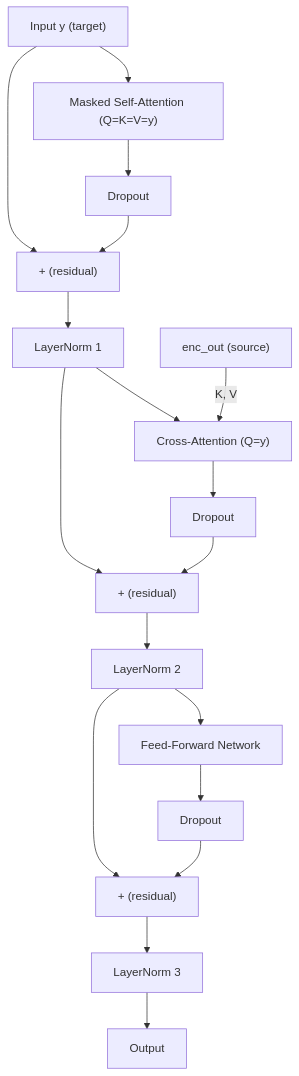
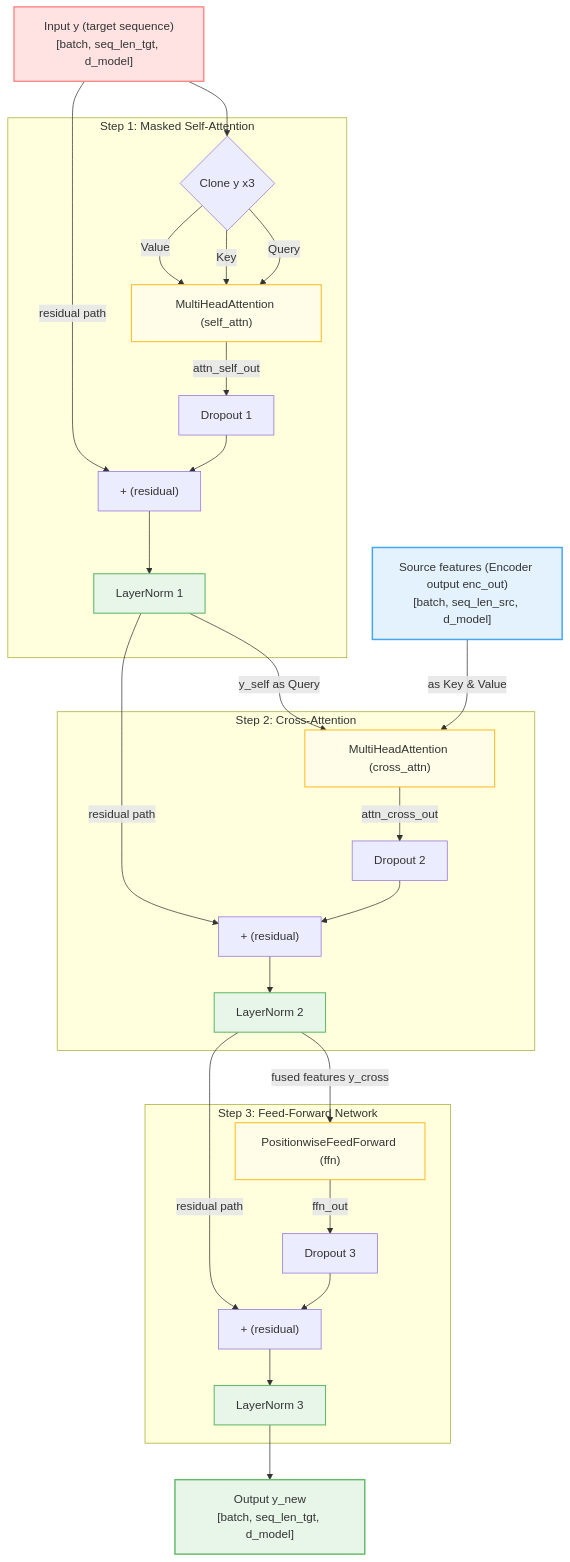
Before and after one commit to padiac/padiac.github.io: the fourth of 5 diagrams in notes/llm-transformer-from-scratch-architecture-and-pytorch-implementation.md, drawn with Mermaid. The commit also changed other lines of this file, not shown here.

Commit message:
update: restore full mermaid diagrams with subgraphs, colors, and edge labels

````diff
--- a/notes/llm-transformer-from-scratch-architecture-and-pytorch-implementation.md
+++ b/notes/llm-transformer-from-scratch-architecture-and-pytorch-implementation.md
@@ -161,22 +200,67 @@
 ```mermaid
 graph TD
-    Y["Input y (target)"] --> MSA["Masked Self-Attention (Q=K=V=y)"]
-    MSA --> D1["Dropout"]
-    D1 --> Add1["+ (residual)"]
-    Y --> Add1
-    Add1 --> LN1["LayerNorm 1"]
+    InputY["Input y (target sequence)<br>[batch, seq_len_tgt, d_model]"]
+    SourceX["Source features (Encoder output enc_out)<br>[batch, seq_len_src, d_model]"]
 
-    LN1 --> CA["Cross-Attention (Q=y)"]
-    EncOut["enc_out (source)"] -->|"K, V"| CA
-    CA --> D2["Dropout"]
-    D2 --> Add2["+ (residual)"]
-    LN1 --> Add2
-    Add2 --> LN2["LayerNorm 2"]
+    subgraph SelfAttentionBlock ["Step 1: Masked Self-Attention"]
+        SplitY{"Clone y x3"}
+        MHA1["MultiHeadAttention (self_attn)"]
+        Dropout1["Dropout 1"]
+        Add1["+ (residual)"]
+        LN1["LayerNorm 1"]
 
-    LN2 --> FFN["Feed-Forward Network"]
-    FFN --> D3["Dropout"]
-    D3 --> Add3["+ (residual)"]
-    LN2 --> Add3
-    Add3 --> LN3["LayerNorm 3"]
-    LN3 --> Out["Output"]
+        SplitY -->|Query| MHA1
+        SplitY -->|Key| MHA1
+        SplitY -->|Value| MHA1
+        MHA1 -->|attn_self_out| Dropout1
+        Dropout1 --> Add1
+        Add1 --> LN1
+    end
+
+    subgraph CrossAttentionBlock ["Step 2: Cross-Attention"]
+        MHA2["MultiHeadAttention (cross_attn)"]
+        Dropout2["Dropout 2"]
+        Add2["+ (residual)"]
+        LN2["LayerNorm 2"]
+
+        MHA2 -->|attn_cross_out| Dropout2
+        Dropout2 --> Add2
+        Add2 --> LN2
+    end
+
+    subgraph FFNBlock ["Step 3: Feed-Forward Network"]
+        FFN["PositionwiseFeedForward (ffn)"]
+        Dropout3["Dropout 3"]
+        Add3["+ (residual)"]
+        LN3["LayerNorm 3"]
+
+        FFN -->|ffn_out| Dropout3
+        Dropout3 --> Add3
+        Add3 --> LN3
+    end
+
+    OutputY["Output y_new<br>[batch, seq_len_tgt, d_model]"]
+
+    InputY --> SplitY
+    InputY -->|residual path| Add1
+
+    LN1 -->|y_self as Query| MHA2
+    LN1 -->|residual path| Add2
+
+    LN2 -->|fused features y_cross| FFN
+    LN2 -->|residual path| Add3
+
+    LN3 --> OutputY
+
+    SourceX -->|as Key & Value| MHA2
+
+    style InputY fill:#ffe3e3,stroke:#ff8b8b,stroke-width:2px
+    style SourceX fill:#e3f2fd,stroke:#42a5f5,stroke-width:2px
+    style OutputY fill:#e8f5e9,stroke:#66bb6a,stroke-width:2px
+    style MHA1 fill:#fffde7,stroke:#fbc02d,stroke-width:1.5px
+    style MHA2 fill:#fffde7,stroke:#fbc02d,stroke-width:1.5px
+    style FFN fill:#fffde7,stroke:#fbc02d,stroke-width:1.5px
+    style LN1 fill:#e8f5e9,stroke:#66bb6a,stroke-width:1.5px
+    style LN2 fill:#e8f5e9,stroke:#66bb6a,stroke-width:1.5px
+    style LN3 fill:#e8f5e9,stroke:#66bb6a,stroke-width:1.5px
 ```
````
